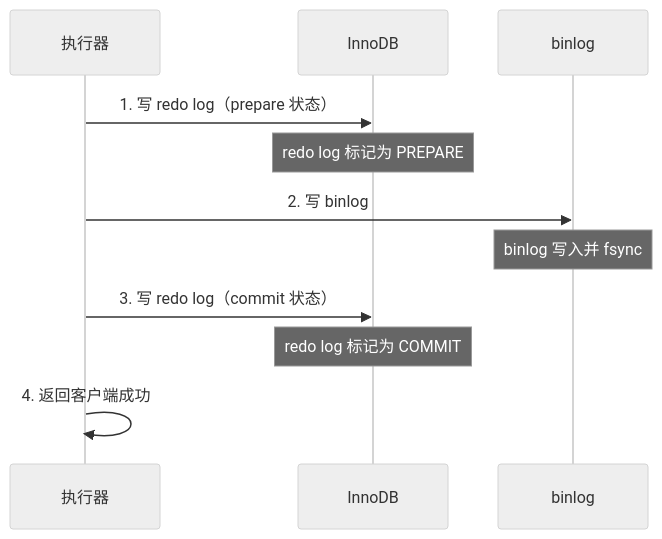
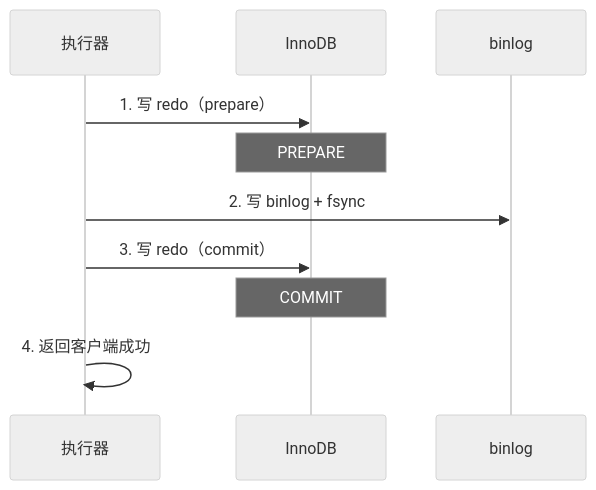
The sixth of 7 diagrams in 02-中间件与数据库/01-MySQL/01-架构与存储引擎/知识点.md (ml-cuizijun/LearnToLilith), drawn with Mermaid (neutral theme) before and after one commit. The commit also changed other lines of this file and 178 other files, not shown here.

````diff
--- a/02-中间件与数据库/01-MySQL/01-架构与存储引擎/知识点.md
+++ b/02-中间件与数据库/01-MySQL/01-架构与存储引擎/知识点.md
@@ -606,13 +528,12 @@
 ```mermaid
 sequenceDiagram
     participant EXE as 执行器
     participant INNODB as InnoDB
     participant BIN as binlog
-    EXE->>INNODB: 1. 写 redo log（prepare 状态）
-    Note over INNODB: redo log 标记为 PREPARE
-    EXE->>BIN: 2. 写 binlog
-    Note over BIN: binlog 写入并 fsync
-    EXE->>INNODB: 3. 写 redo log（commit 状态）
-    Note over INNODB: redo log 标记为 COMMIT
+    EXE->>INNODB: 1. 写 redo（prepare）
+    Note over INNODB: PREPARE
+    EXE->>BIN: 2. 写 binlog + fsync
+    EXE->>INNODB: 3. 写 redo（commit）
+    Note over INNODB: COMMIT
     EXE->>EXE: 4. 返回客户端成功
 ```
````
